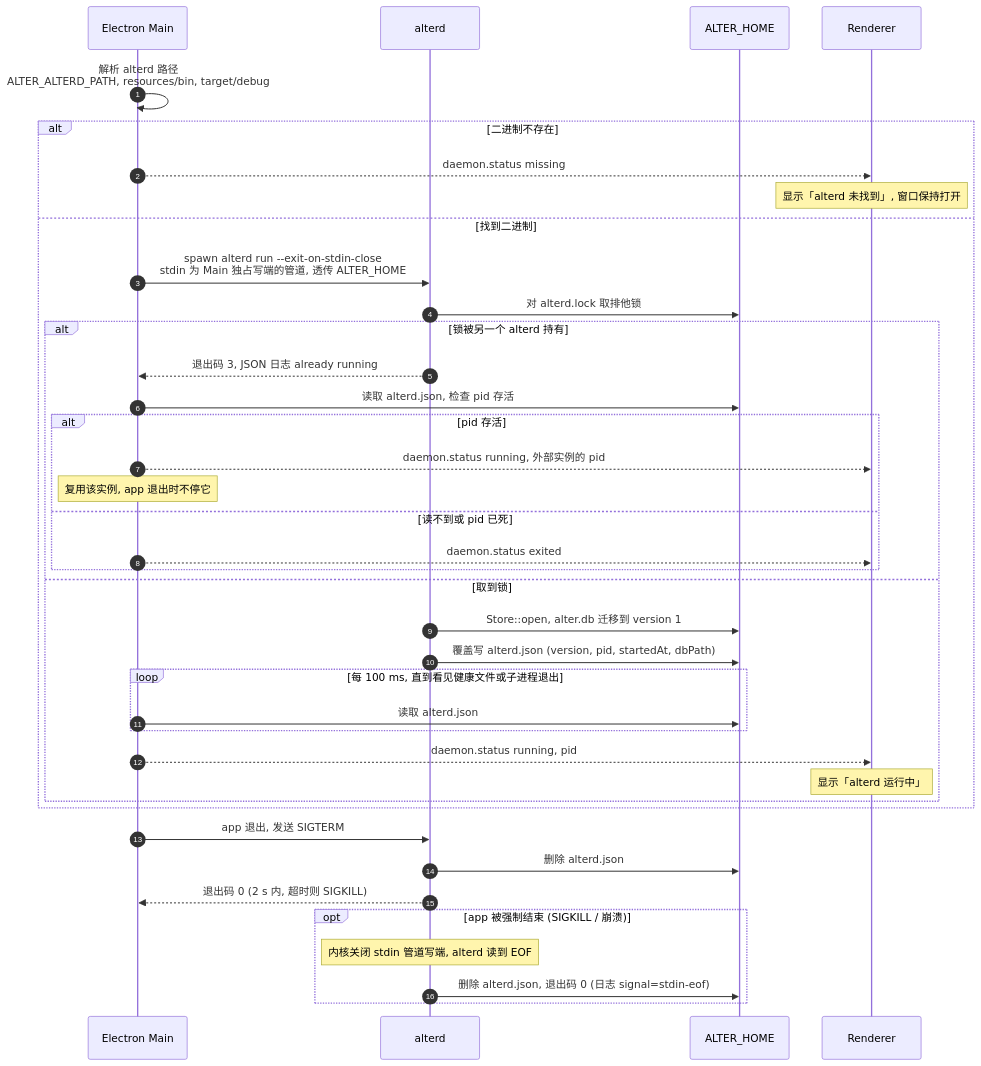
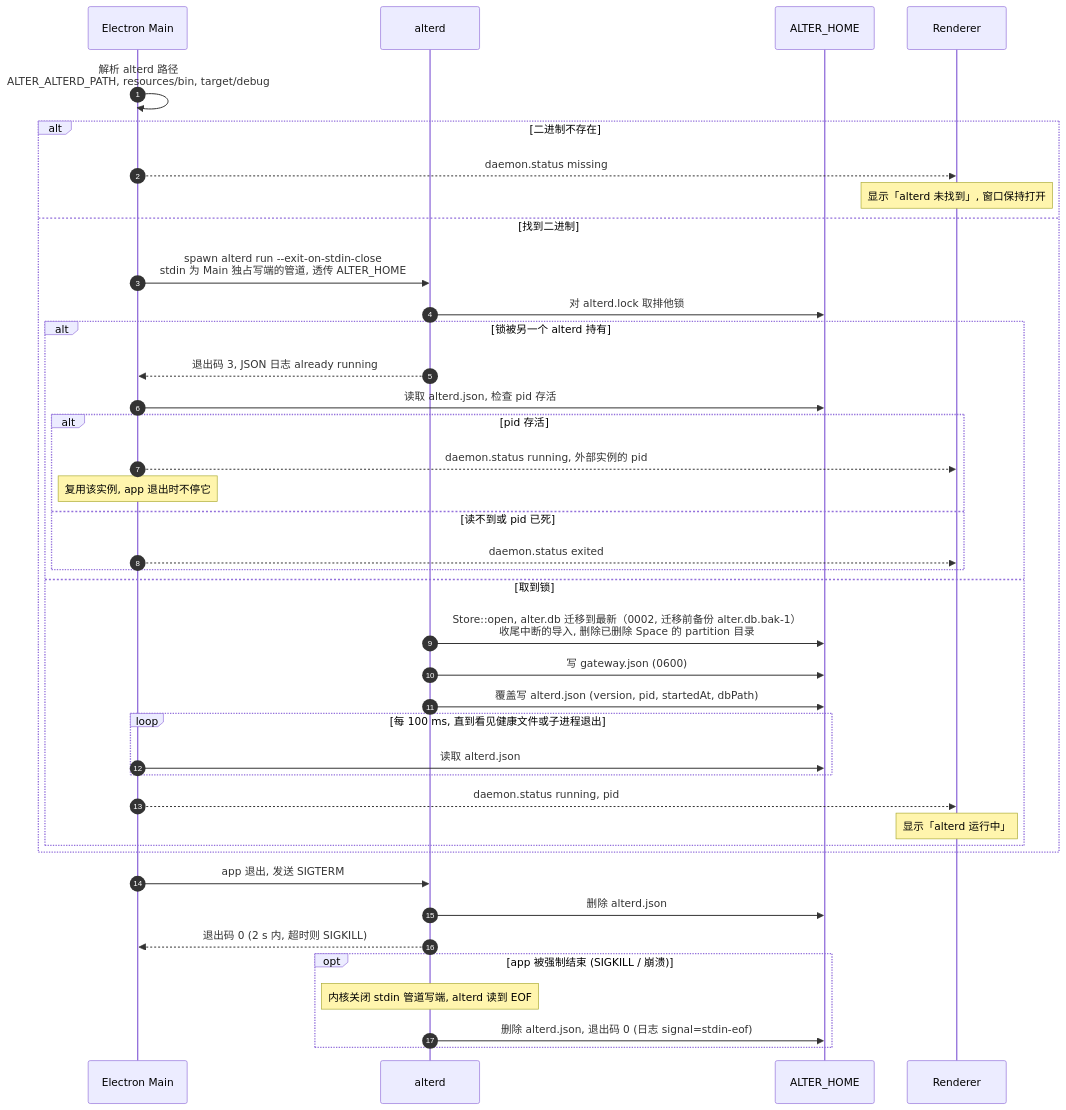
One commit to ethanyulabs/alter changed the fifth of 5 diagrams in .dev-flow/infra/core-flows.md. Above: the diagram before and after it, drawn with Mermaid. The commit also changed other lines of this file and 224 other files, not shown here.

First line of the commit message:
alter 核心功能：Space、agent、浏览增强与导入

````diff
--- a/.dev-flow/infra/core-flows.md
+++ b/.dev-flow/infra/core-flows.md
@@ -188,41 +182,42 @@
 ```mermaid
 sequenceDiagram
   autonumber
   participant M as Electron Main
   participant D as alterd
   participant H as ALTER_HOME
   participant R as Renderer
   M->>M: 解析 alterd 路径<br/>ALTER_ALTERD_PATH, resources/bin, target/debug
   alt 二进制不存在
     M-->>R: daemon.status missing
     Note over R: 显示「alterd 未找到」, 窗口保持打开
   else 找到二进制
     M->>D: spawn alterd run --exit-on-stdin-close<br/>stdin 为 Main 独占写端的管道, 透传 ALTER_HOME
     D->>H: 对 alterd.lock 取排他锁
     alt 锁被另一个 alterd 持有
       D-->>M: 退出码 3, JSON 日志 already running
       M->>H: 读取 alterd.json, 检查 pid 存活
       alt pid 存活
         M-->>R: daemon.status running, 外部实例的 pid
         Note over M: 复用该实例, app 退出时不停它
       else 读不到或 pid 已死
         M-->>R: daemon.status exited
       end
     else 取到锁
-      D->>H: Store::open, alter.db 迁移到 version 1
+      D->>H: Store::open, alter.db 迁移到最新（0002, 迁移前备份 alter.db.bak-1）<br/>收尾中断的导入, 删除已删除 Space 的 partition 目录
+      D->>H: 写 gateway.json (0600)
       D->>H: 覆盖写 alterd.json (version, pid, startedAt, dbPath)
       loop 每 100 ms, 直到看见健康文件或子进程退出
         M->>H: 读取 alterd.json
       end
       M-->>R: daemon.status running, pid
       Note over R: 显示「alterd 运行中」
     end
   end
   M->>D: app 退出, 发送 SIGTERM
   D->>H: 删除 alterd.json
   D-->>M: 退出码 0 (2 s 内, 超时则 SIGKILL)
   opt app 被强制结束 (SIGKILL / 崩溃)
     Note over D: 内核关闭 stdin 管道写端, alterd 读到 EOF
     D->>H: 删除 alterd.json, 退出码 0 (日志 signal=stdin-eof)
   end
 ```
````
